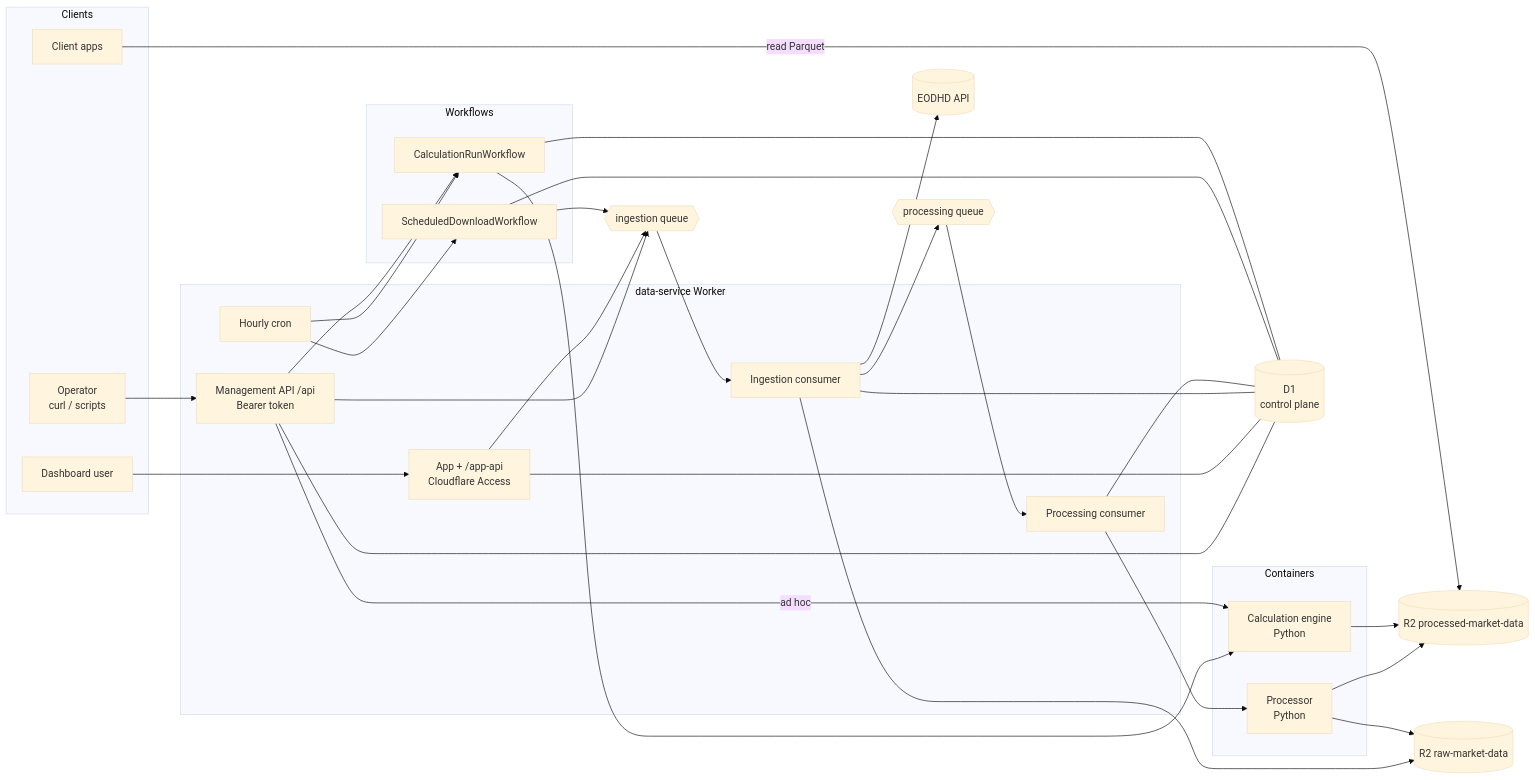
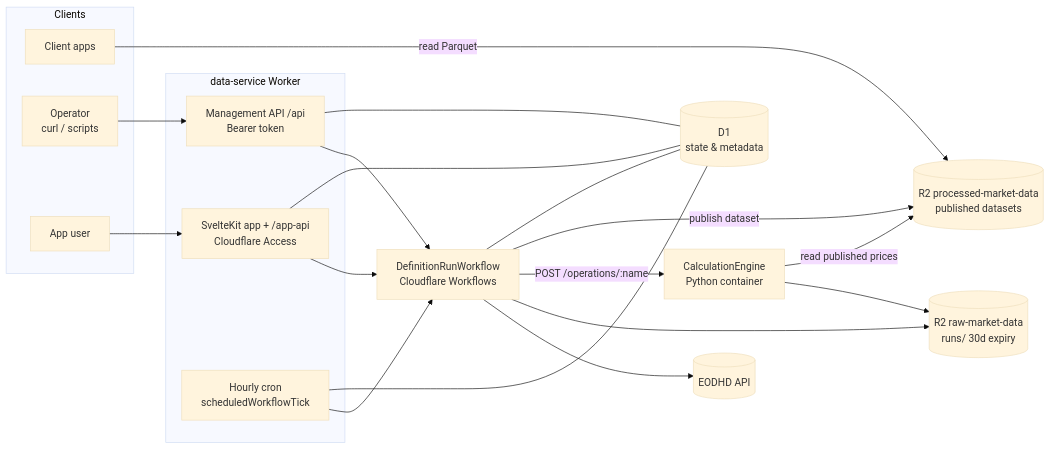
One commit to maxime-filippini/data-service changed the diagram in docs/src/content/docs/index.mdx. Above: the diagram before and after it, drawn with Mermaid (base theme). The commit also changed other lines of this file and 165 other files, not shown here.

````diff
--- a/docs/src/content/docs/index.mdx
+++ b/docs/src/content/docs/index.mdx
@@ -24,55 +24,36 @@
 ```mermaid
 flowchart LR
   subgraph Clients
     apps[Client apps]
     ops[Operator<br/>curl / scripts]
-    browser[Dashboard user]
+    browser[App user]
   end
 
   subgraph Worker["data-service Worker"]
     api[Management API /api<br/>Bearer token]
-    dash[App + /app-api<br/>Cloudflare Access]
-    cron[Hourly cron]
-    ingc[Ingestion consumer]
-    procc[Processing consumer]
+    dash[SvelteKit app + /app-api<br/>Cloudflare Access]
+    cron[Hourly cron<br/>scheduledWorkflowTick]
   end
 
-  subgraph Workflows
-    sdw[ScheduledDownloadWorkflow]
-    crw[CalculationRunWorkflow]
-  end
-
-  subgraph Containers
-    proc[Processor<br/>Python]
-    eng[Calculation engine<br/>Python]
-  end
+  wf[DefinitionRunWorkflow<br/>Cloudflare Workflows]
+  eng[CalculationEngine<br/>Python container]
 
   provider[(EODHD API)]
-  d1[(D1<br/>control plane)]
-  raw[(R2 raw-market-data)]
-  processed[(R2 processed-market-data)]
-  iq{{ingestion queue}}
-  pq{{processing queue}}
+  d1[(D1<br/>state & metadata)]
+  raw[(R2 raw-market-data<br/>runs/ 30d expiry)]
+  processed[(R2 processed-market-data<br/>published datasets)]
 
   ops --> api
   browser --> dash
-  cron --> sdw
-  cron --> crw
-  api --> iq
-  api --> crw
-  dash --> iq
-  sdw --> iq
-  iq --> ingc
-  ingc --> provider
-  ingc --> raw
-  ingc --> pq
-  pq --> procc
-  procc --> proc
-  proc --> raw
-  proc --> processed
-  crw --> eng
-  api -- ad hoc --> eng
-  eng --> processed
-  api & dash & ingc & procc & sdw & crw --- d1
+  cron --> wf
+  api --> wf
+  dash --> wf
+  wf --> provider
+  wf --> raw
+  wf -- POST /operations/:name --> eng
+  eng --> raw
+  eng -- read published prices --> processed
+  wf -- publish dataset --> processed
+  api & dash & cron & wf --- d1
   apps -- read Parquet --> processed
 ```
````
